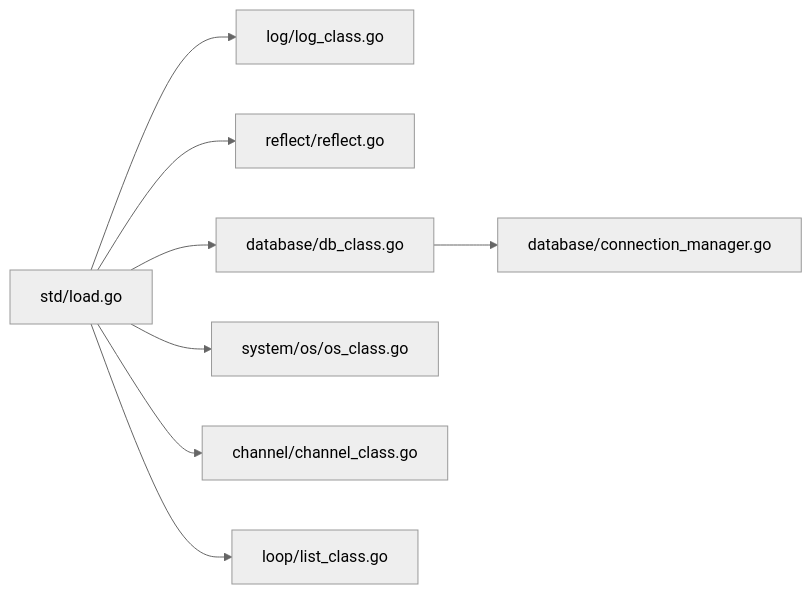
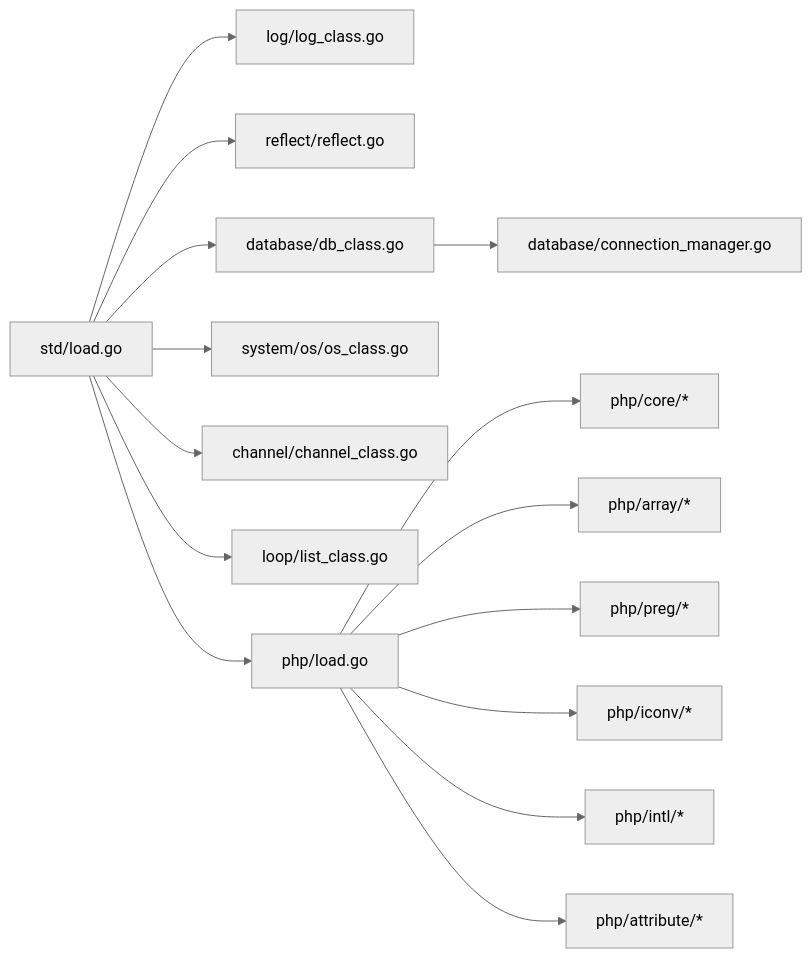
Before and after one commit to php-any/origami: the tenth of 10 diagrams in .qoder/repowiki/zh/content/标准库模块/标准库模块.md, drawn with Mermaid (neutral theme). The commit also changed other lines of this file and 21 other files, not shown here.

````diff
--- a/.qoder/repowiki/zh/content/标准库模块/标准库模块.md
+++ b/.qoder/repowiki/zh/content/标准库模块/标准库模块.md
@@ -382,10 +533,17 @@
 ```mermaid
 graph LR
 LOAD["std/load.go"] --> LOGC["log/log_class.go"]
 LOAD --> REFC["reflect/reflect.go"]
 LOAD --> DBC["database/db_class.go"]
 LOAD --> OSC["system/os/os_class.go"]
 LOAD --> CHC["channel/channel_class.go"]
 LOAD --> LOO["loop/list_class.go"]
+LOAD --> PHPL["php/load.go"]
+PHPL --> CORE["php/core/*"]
+PHPL --> ARRAY["php/array/*"]
+PHPL --> PREG["php/preg/*"]
+PHPL --> ICONV["php/iconv/*"]
+PHPL --> INTL["php/intl/*"]
+PHPL --> ATTR["php/attribute/*"]
 DBC --> CM["database/connection_manager.go"]
 ```
````
